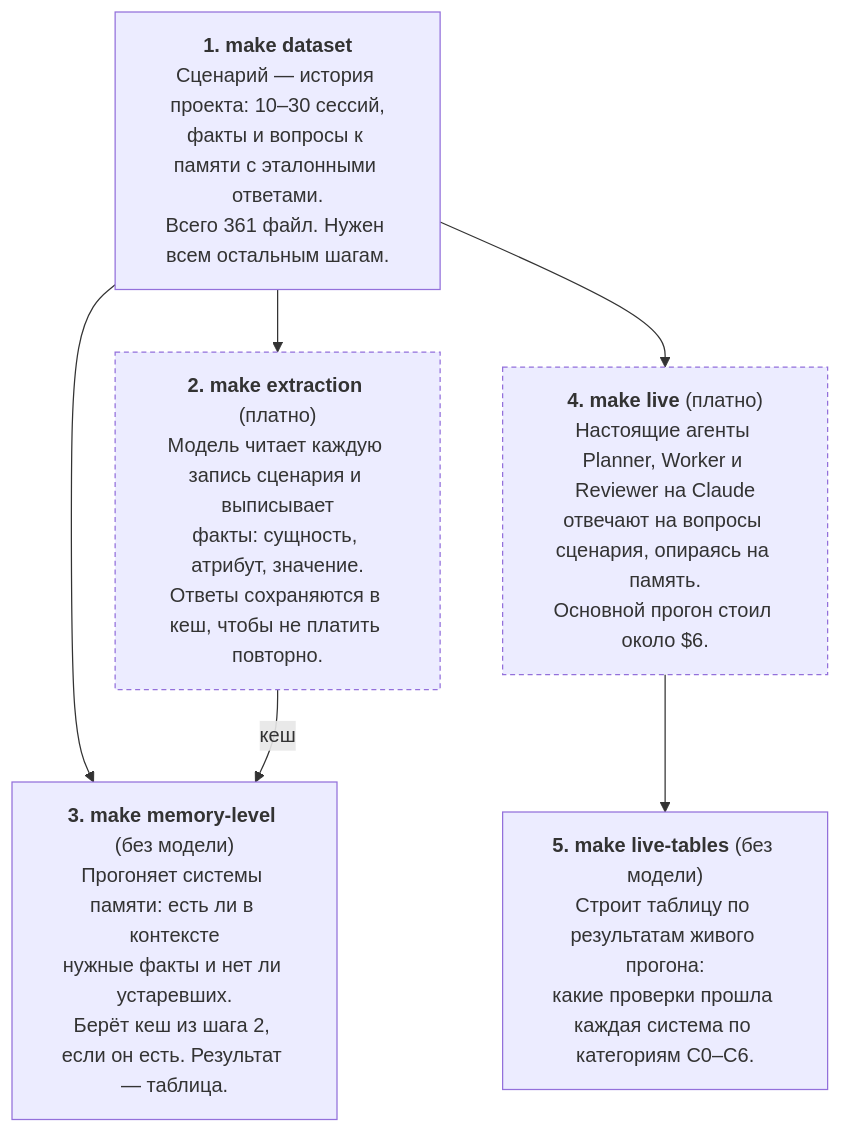
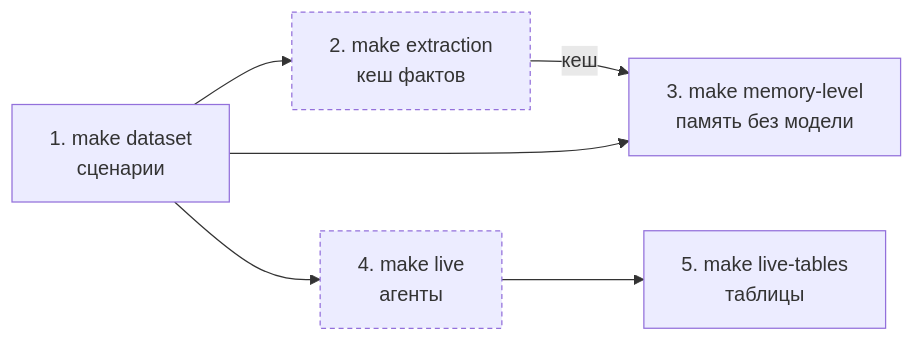
The diagram in docs/RUNBOOK.md (avikhorev/multi-agent-memory), drawn with Mermaid before and after one commit. The commit also changed other lines of this file, not shown here.

Commit message:
Make the pipeline diagram wide and move its details into a table
GitHub scales the diagram to the page width, so the long labels wrapped
into narrow tall boxes. The diagram now uses short labels in a left-to-right
layout, and the full descriptions, paid flags and file paths are in a table.

````diff
--- a/docs/RUNBOOK.md
+++ b/docs/RUNBOOK.md
@@ -29,15 +29,10 @@
 ```mermaid
-flowchart TB
-    D["<b>1. make dataset</b><br/>Сценарий — история проекта: 10–30 сессий,<br/>факты и вопросы к памяти с эталонными ответами.<br/>Всего 361 файл. Нужен всем остальным шагам."]
-    E["<b>2. make extraction</b> (платно)<br/>Модель читает каждую запись сценария и выписывает<br/>факты: сущность, атрибут, значение.<br/>Ответы сохраняются в кеш, чтобы не платить повторно."]
-    M["<b>3. make memory-level</b> (без модели)<br/>Прогоняет системы памяти: есть ли в контексте<br/>нужные факты и нет ли устаревших.<br/>Берёт кеш из шага 2, если он есть. Результат — таблица."]
-    L["<b>4. make live</b> (платно)<br/>Настоящие агенты Planner, Worker и Reviewer на Claude<br/>отвечают на вопросы сценария, опираясь на память.<br/>Основной прогон стоил около $6."]
-    T["<b>5. make live-tables</b> (без модели)<br/>Строит таблицу по результатам живого прогона:<br/>какие проверки прошла каждая система по категориям C0–C6."]
-    D --> E
+flowchart LR
+    D["1. make dataset<br/>сценарии"] --> E["2. make extraction<br/>кеш фактов"]
+    E -->|кеш| M["3. make memory-level<br/>память без модели"]
     D --> M
-    D --> L
-    E -->|кеш| M
-    L --> T
+    D --> L["4. make live<br/>агенты"]
+    L --> T["5. make live-tables<br/>таблицы"]
     classDef paid stroke-dasharray: 4 3
     class E,L paid
 ```
````
